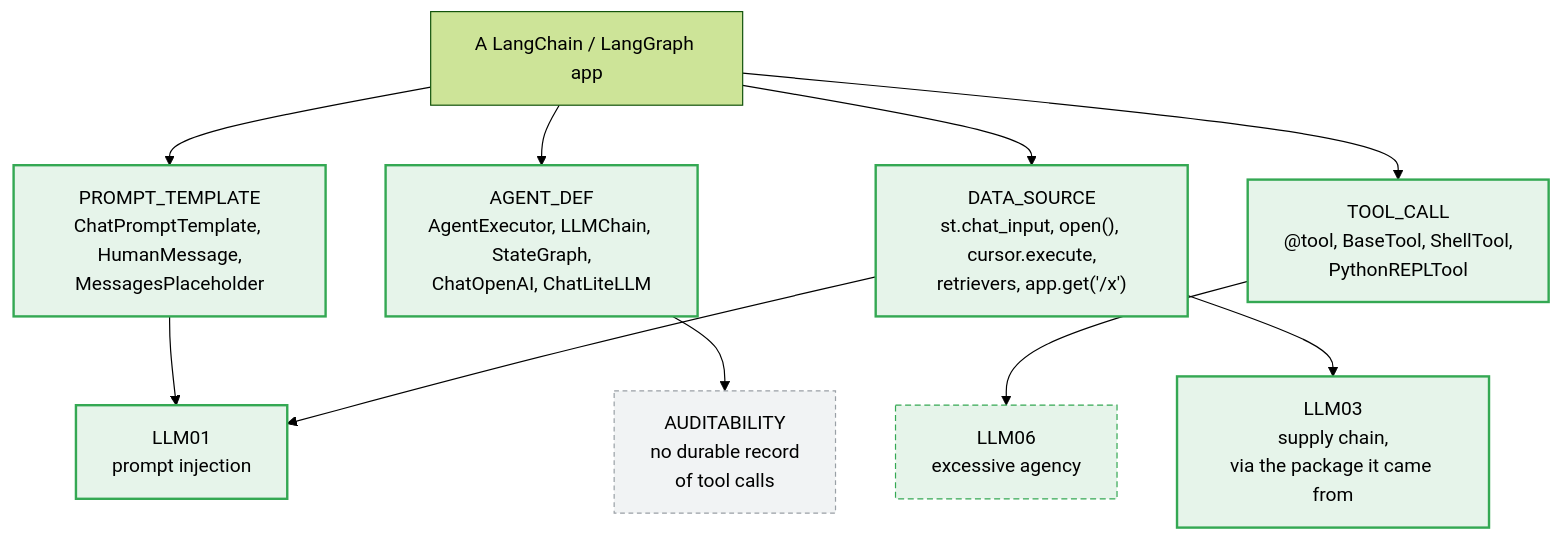
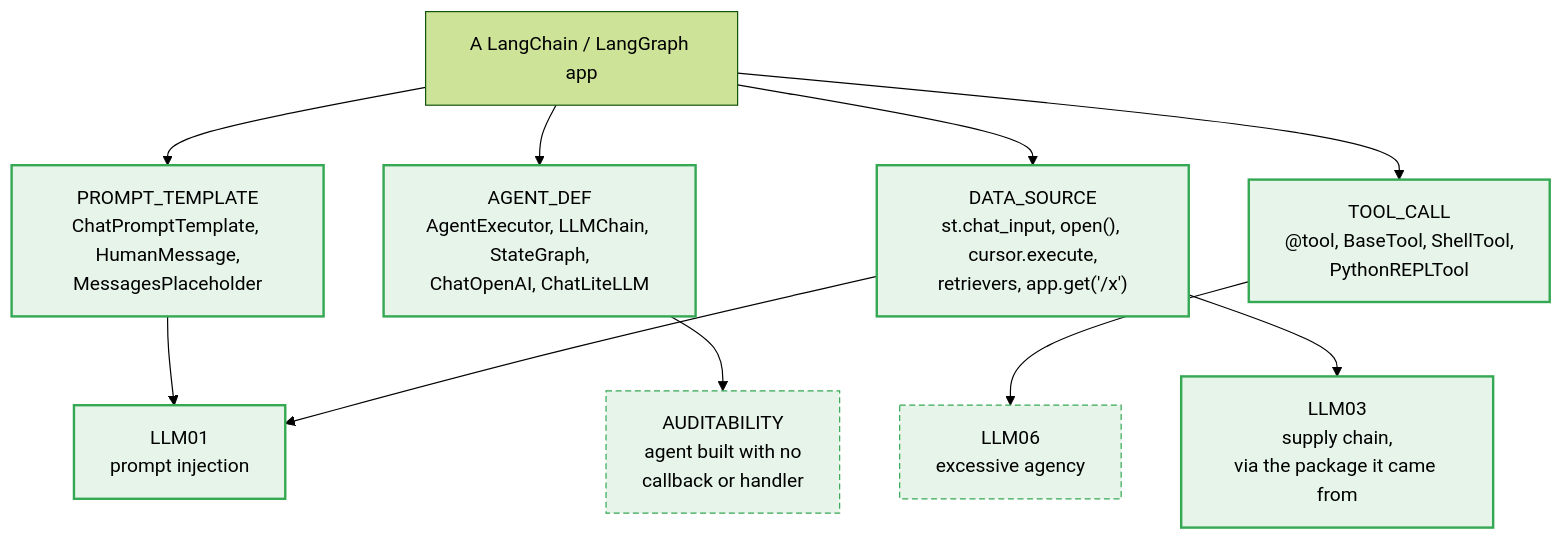
One commit to heinthtnaung/AgenticLLMAppAuditor changed the fifth of 10 diagrams in docs/FLOW.md. Above: the diagram before and after it, drawn with Mermaid (forest theme). The commit also changed other lines of this file and 312 other files, not shown here.

````diff
--- a/docs/FLOW.md
+++ b/docs/FLOW.md
@@ -254,26 +330,25 @@
 ```mermaid
 flowchart TD
     APP[A LangChain / LangGraph app] --> PT
     APP --> AD
     APP --> TC
     APP --> DS
 
     PT["PROMPT_TEMPLATE<br/>ChatPromptTemplate, HumanMessage,<br/>MessagesPlaceholder"]
     AD["AGENT_DEF<br/>AgentExecutor, LLMChain, StateGraph,<br/>ChatOpenAI, ChatLiteLLM"]
     TC["TOOL_CALL<br/>@tool, BaseTool, ShellTool,<br/>PythonREPLTool"]
     DS["DATA_SOURCE<br/>st.chat_input, open(), cursor.execute,<br/>retrievers, app.get('/x')"]
 
     PT --> R1[LLM01<br/>prompt injection]
     DS --> R1
     TC --> R2[LLM06<br/>excessive agency]
-    AD --> R3[AUDITABILITY<br/>no durable record<br/>of tool calls]
+    AD --> R3[AUDITABILITY<br/>agent built with no<br/>callback or handler]
     DS --> R4[LLM03<br/>supply chain,<br/>via the package it came from]
 
     classDef built fill:#e6f4ea,stroke:#34a853,stroke-width:2px
     classDef partial fill:#e6f4ea,stroke:#34a853,stroke-dasharray:5 3
     classDef planned fill:#f1f3f4,stroke:#9aa0a6,stroke-dasharray:4 3
     class PT,AD,TC,DS built
     class R1,R4 built
-    class R2 partial
-    class R3 planned
+    class R2,R3 partial
 ```
````
